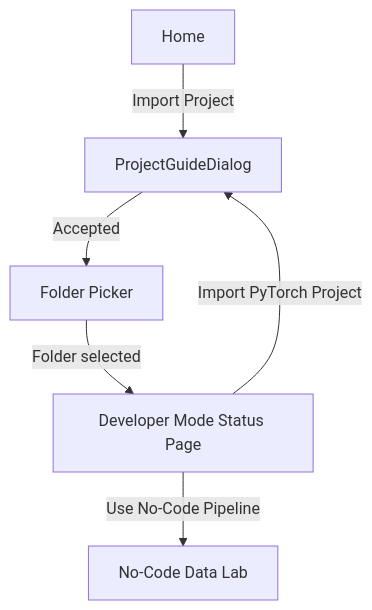
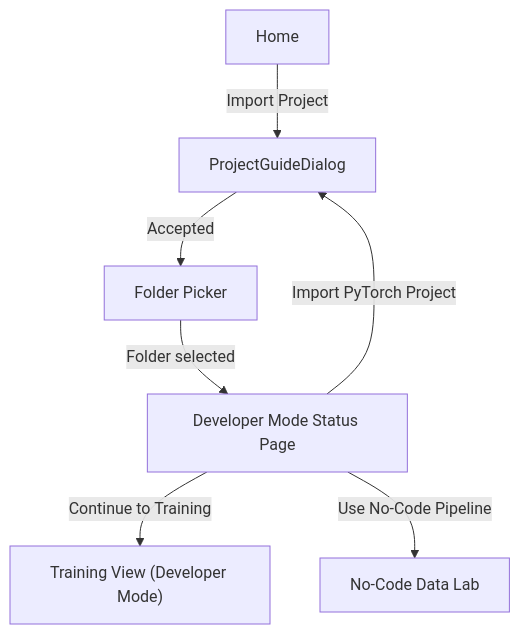
Before and after one commit to Nawfel-9/neural-forge: the diagram in docs/walkthrough_dev_mode.md, drawn with Mermaid. The commit also changed other lines of this file and 6 other files, not shown here.

````diff
--- a/docs/walkthrough_dev_mode.md
+++ b/docs/walkthrough_dev_mode.md
@@ -17,14 +17,16 @@
 ```mermaid
 flowchart TB
     Home["Home"]
     Guide["ProjectGuideDialog"]
     Picker["Folder Picker"]
     Status["Developer Mode Status Page"]
+    Train["Training View (Developer Mode)"]
     Data["No-Code Data Lab"]
 
     Home -- "Import Project" --> Guide
     Guide -- "Accepted" --> Picker
     Picker -- "Folder selected" --> Status
     Status -- "Import PyTorch Project" --> Guide
+    Status -- "Continue to Training" --> Train
     Status -- "Use No-Code Pipeline" --> Data
 ```
````
